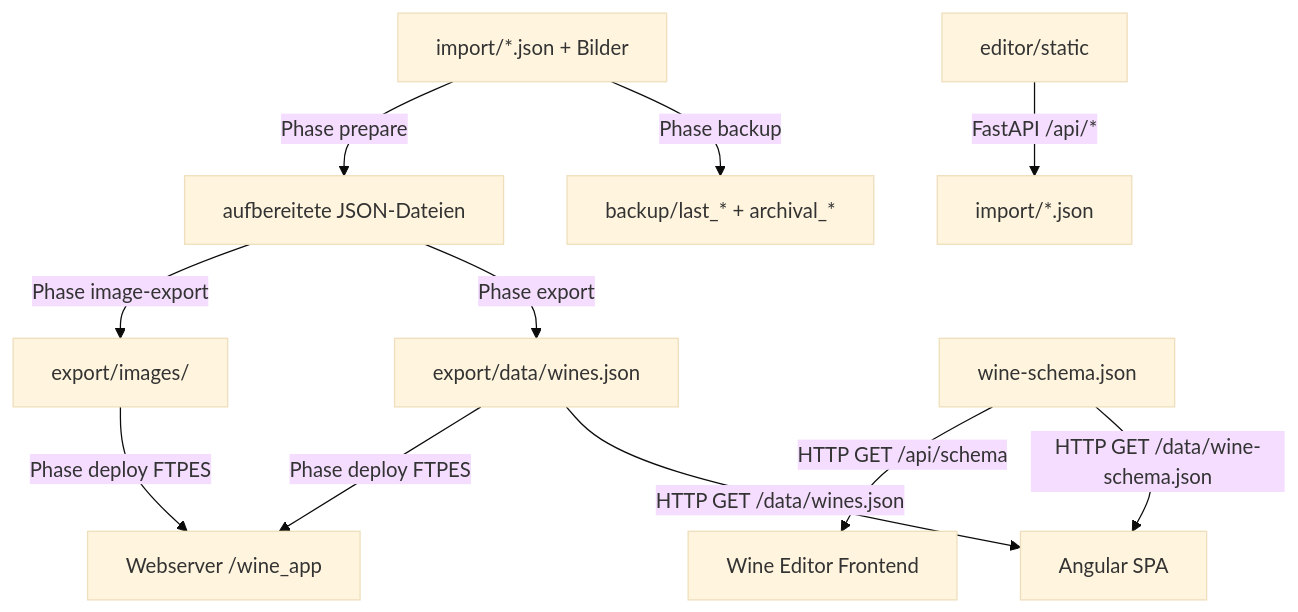
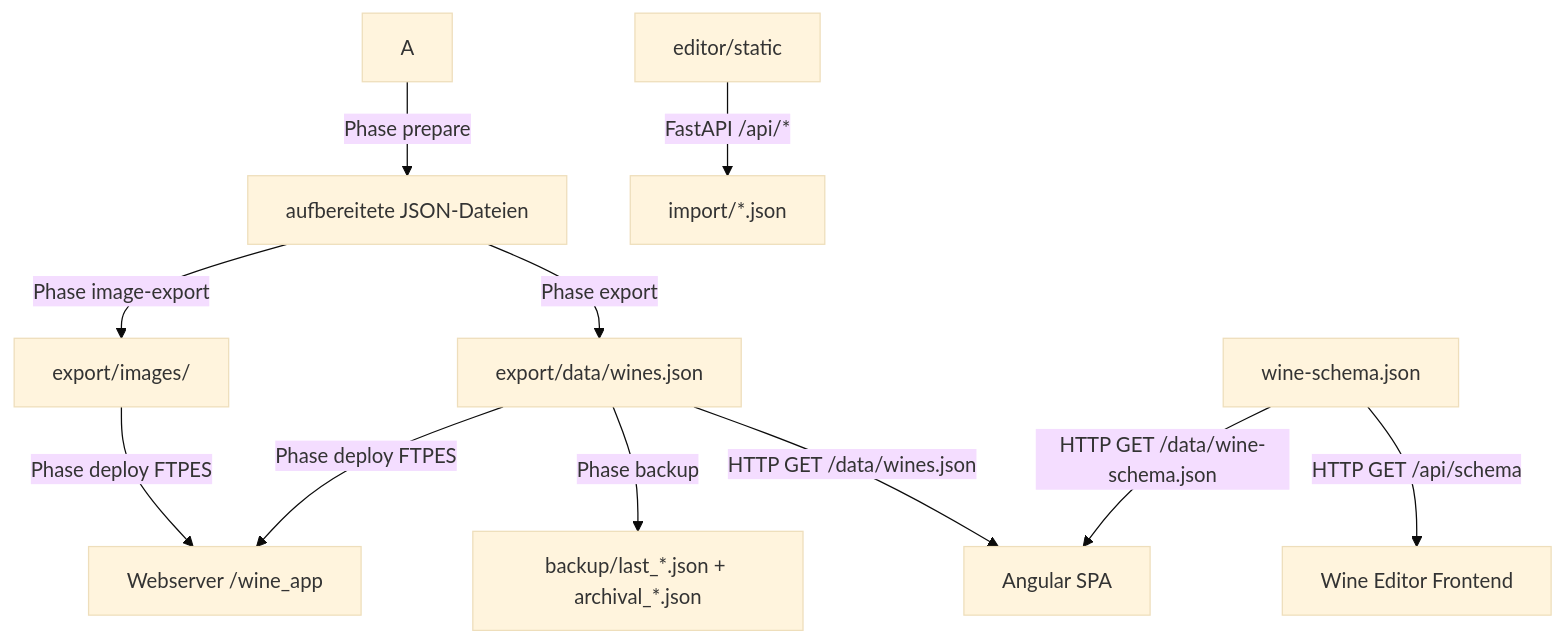
The diagram in .kiro/specs/weinliste/design.md (jonasWunderlich/weinsprechstunde), drawn with Mermaid (base theme) before and after one commit. The commit also changed other lines of this file and 4 other files, not shown here.

First line of the commit message:
refactor: back up only exported wines.json as single file

````diff
--- a/.kiro/specs/weinliste/design.md
+++ b/.kiro/specs/weinliste/design.md
@@ -90,13 +90,13 @@
 ```mermaid
 graph TD
-    A[import/*.json + Bilder] -->|Phase backup| K[backup/last_* + archival_*]
+    C[export/data/wines.json] -->|Phase backup| K[backup/last_*.json + archival_*.json]
     A -->|Phase prepare| B[aufbereitete JSON-Dateien]
     B -->|Phase export| C[export/data/wines.json]
     B -->|Phase image-export| D[export/images/]
     C -->|HTTP GET /data/wines.json| E[Angular SPA]
     F[wine-schema.json] -->|HTTP GET /data/wine-schema.json| E
     D -->|Phase deploy FTPES| G[Webserver /wine_app]
     C -->|Phase deploy FTPES| G
     H[editor/static] -->|FastAPI /api/*| I[import/*.json]
     F -->|HTTP GET /api/schema| J[Wine Editor Frontend]
 ```
````
